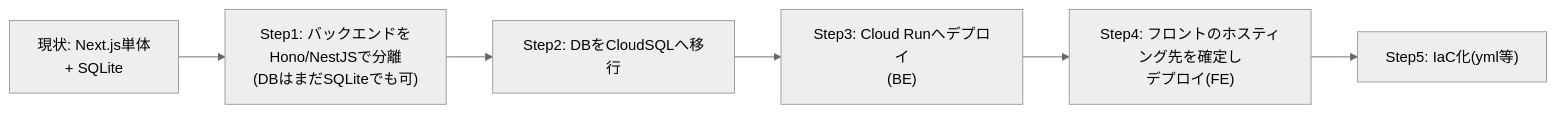
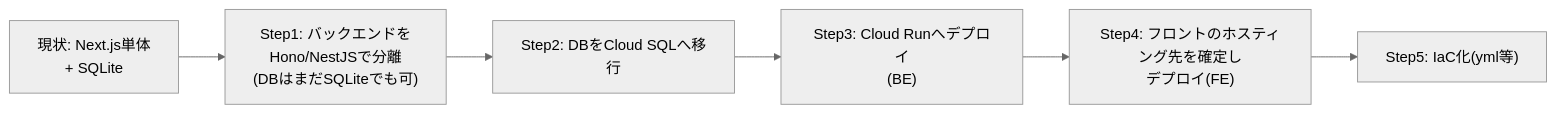
One commit to study-basic-hackathon/trust-ca changed the second of 6 diagrams in docs/design/system-architecture.md. Above: the diagram before and after it, drawn with Mermaid (neutral theme). The commit also changed other lines of this file and 20 other files, not shown here.

````diff
--- a/docs/design/system-architecture.md
+++ b/docs/design/system-architecture.md
@@ -131,8 +132,8 @@
 ```mermaid
 flowchart LR
     A["現状: Next.js単体<br/>+ SQLite"] --> B["Step1: バックエンドを<br/>Hono/NestJSで分離<br/>(DBはまだSQLiteでも可)"]
-    B --> C["Step2: DBをCloudSQLへ移行"]
+    B --> C["Step2: DBをCloud SQLへ移行"]
     C --> D["Step3: Cloud Runへデプロイ<br/>(BE)"]
     D --> E["Step4: フロントのホスティング先を確定し<br/>デプロイ(FE)"]
     E --> F["Step5: IaC化(yml等)"]
 ```
````
